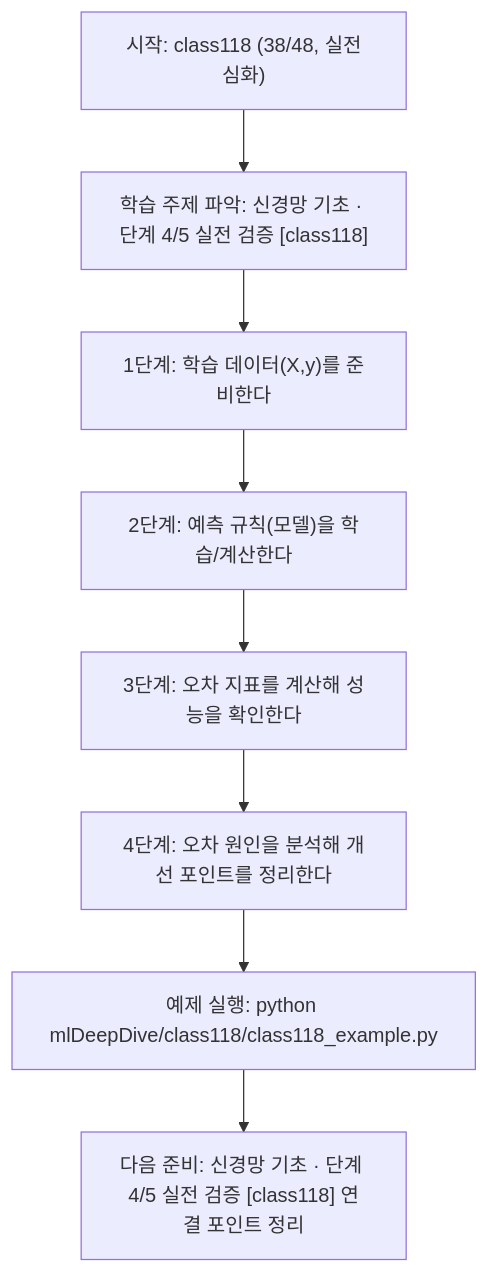
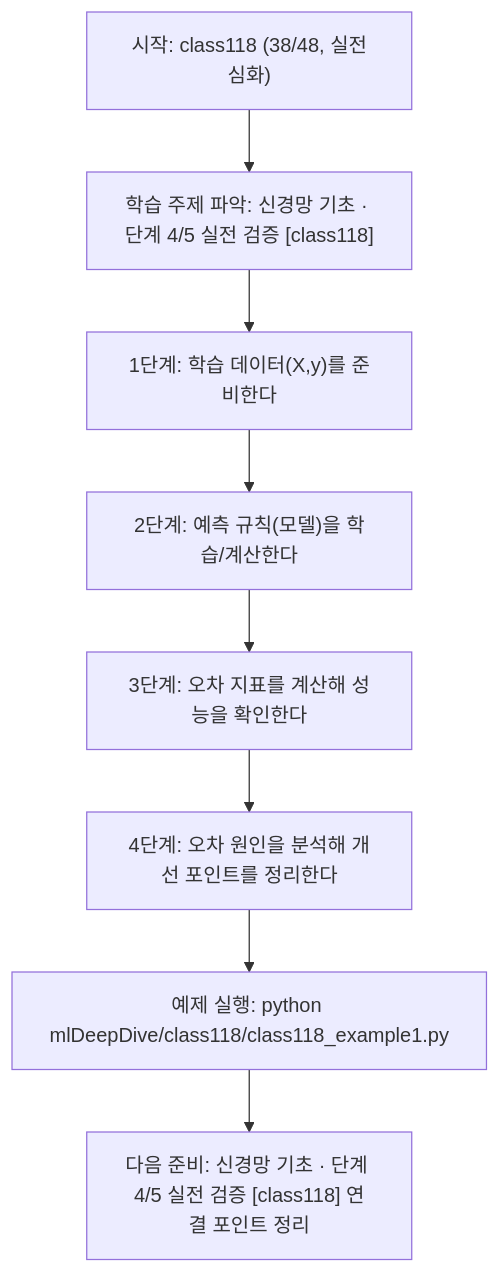
The diagram in mlDeepDive/class118/class118.md (edumgt/Python-AI_Agent-Class), drawn with Mermaid before and after one commit. The commit also changed other lines of this file and 2959 other files, not shown here.

````diff
--- a/mlDeepDive/class118/class118.md
+++ b/mlDeepDive/class118/class118.md
@@ -109,18 +109,18 @@
 ```mermaid
 flowchart TD
 N1["시작: class118 (38/48, 실전심화)"]
 N2["학습 주제 파악: 신경망 기초 · 단계 4/5 실전 검증 [class118]"]
 N3["1단계: 학습 데이터(X,y)를 준비한다"]
 N4["2단계: 예측 규칙(모델)을 학습/계산한다"]
 N5["3단계: 오차 지표를 계산해 성능을 확인한다"]
 N6["4단계: 오차 원인을 분석해 개선 포인트를 정리한다"]
-N7["예제 실행: python mlDeepDive/class118/class118_example.py"]
+N7["예제 실행: python mlDeepDive/class118/class118_example1.py"]
 N8["다음 준비: 신경망 기초 · 단계 4/5 실전 검증 [class118] 연결 포인트 정리"]
 N1 --> N2
 N2 --> N3
 N3 --> N4
 N4 --> N5
 N5 --> N6
 N6 --> N7
 N7 --> N8
 ```
````
